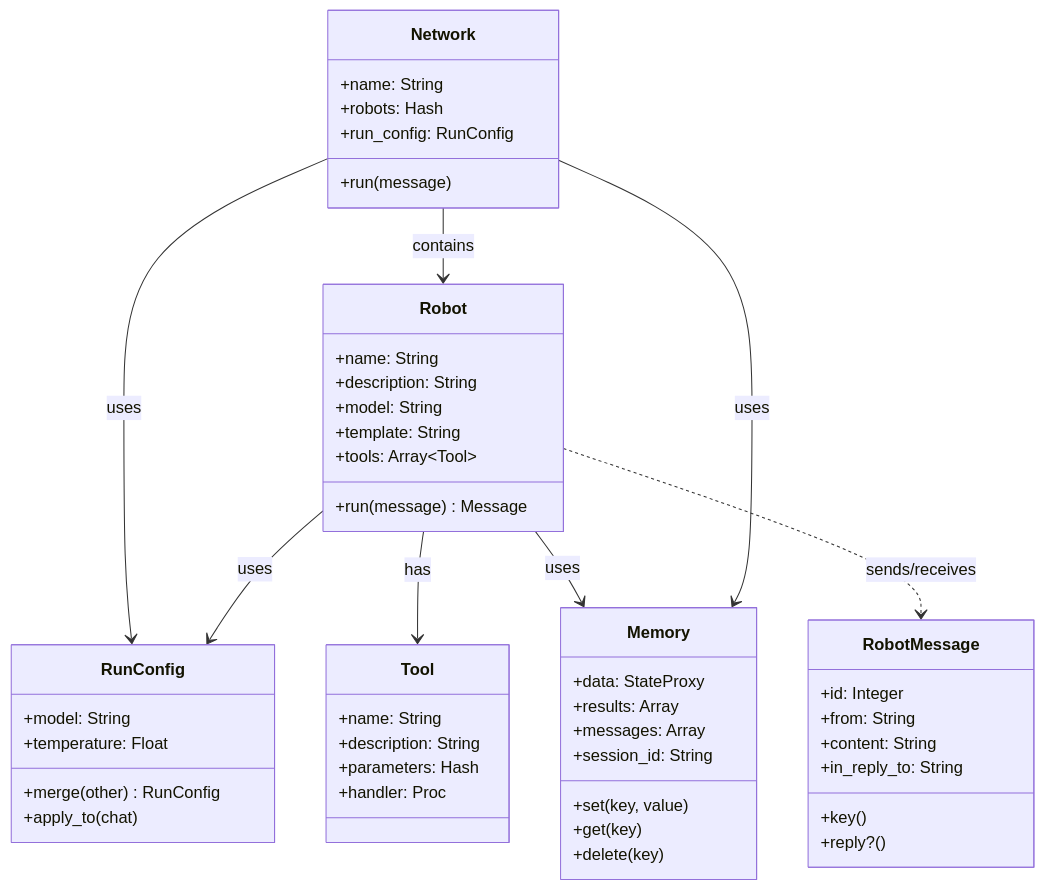
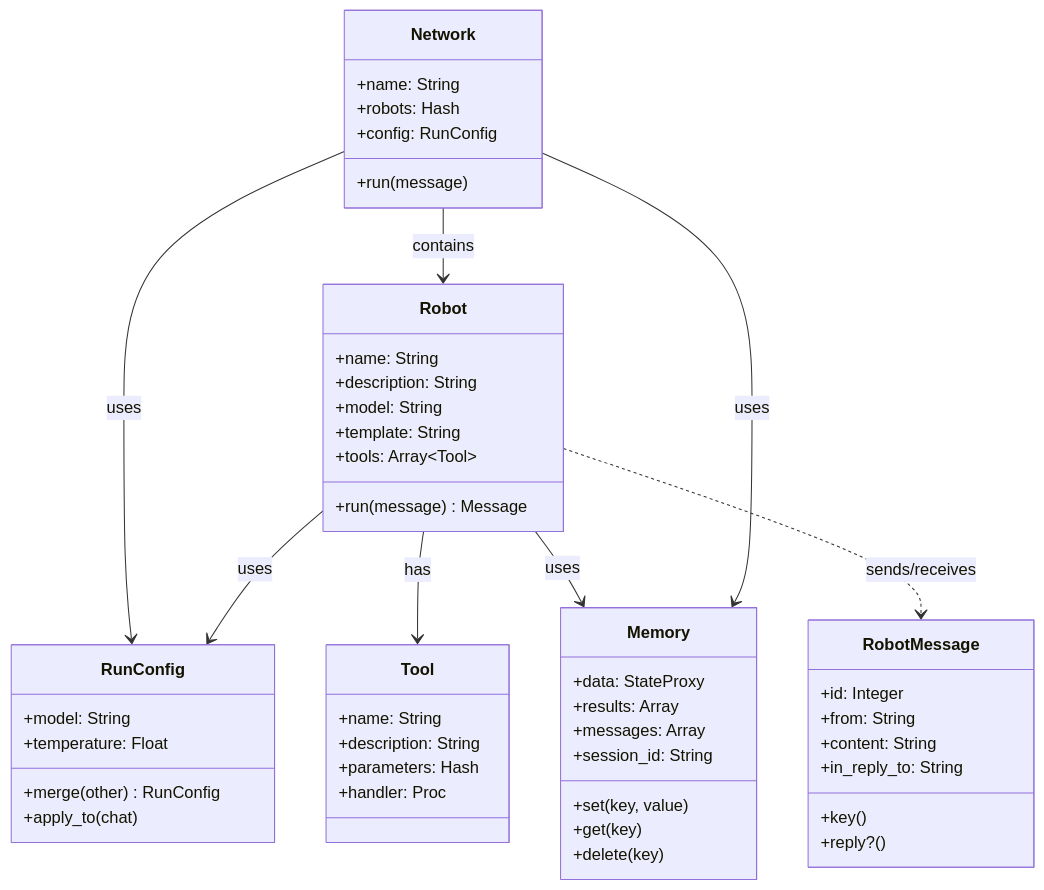
Before and after one commit to MadBomber/robot_lab: the diagram in docs/api/core/index.md, drawn with Mermaid. The commit also changed 16 other files, not shown here.

First line of the commit message:
refactor(core)!: rename `run_config` to `config` across API

````diff
--- a/docs/api/core/index.md
+++ b/docs/api/core/index.md
@@ -7,59 +7,59 @@
 ```mermaid
 classDiagram
     class Robot {
         +name: String
         +description: String
         +model: String
         +template: String
         +tools: Array~Tool~
         +run(message) Message
     }
 
     class Network {
         +name: String
         +robots: Hash
-        +run_config: RunConfig
+        +config: RunConfig
         +run(message)
     }
 
     class RunConfig {
         +model: String
         +temperature: Float
         +merge(other) RunConfig
         +apply_to(chat)
     }
 
     class Tool {
         +name: String
         +description: String
         +parameters: Hash
         +handler: Proc
     }
 
     class Memory {
         +set(key, value)
         +get(key)
         +delete(key)
         +data: StateProxy
         +results: Array
         +messages: Array
         +session_id: String
     }
 
     class RobotMessage {
         +id: Integer
         +from: String
         +content: String
         +in_reply_to: String
         +key()
         +reply?()
     }
 
     Network --> Robot : contains
     Network --> RunConfig : uses
     Robot --> RunConfig : uses
     Robot --> Tool : has
     Robot --> Memory : uses
     Network --> Memory : uses
     Robot ..> RobotMessage : sends/receives
 ```
````
